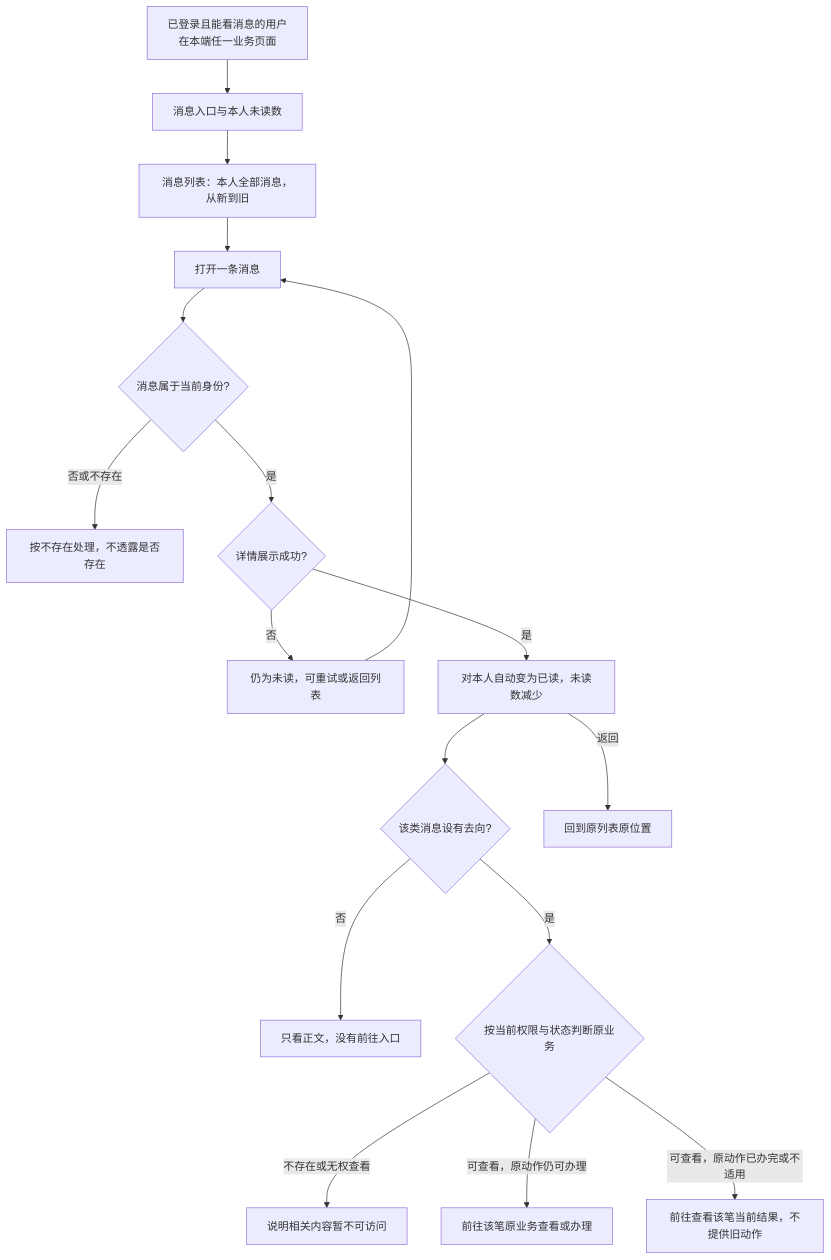
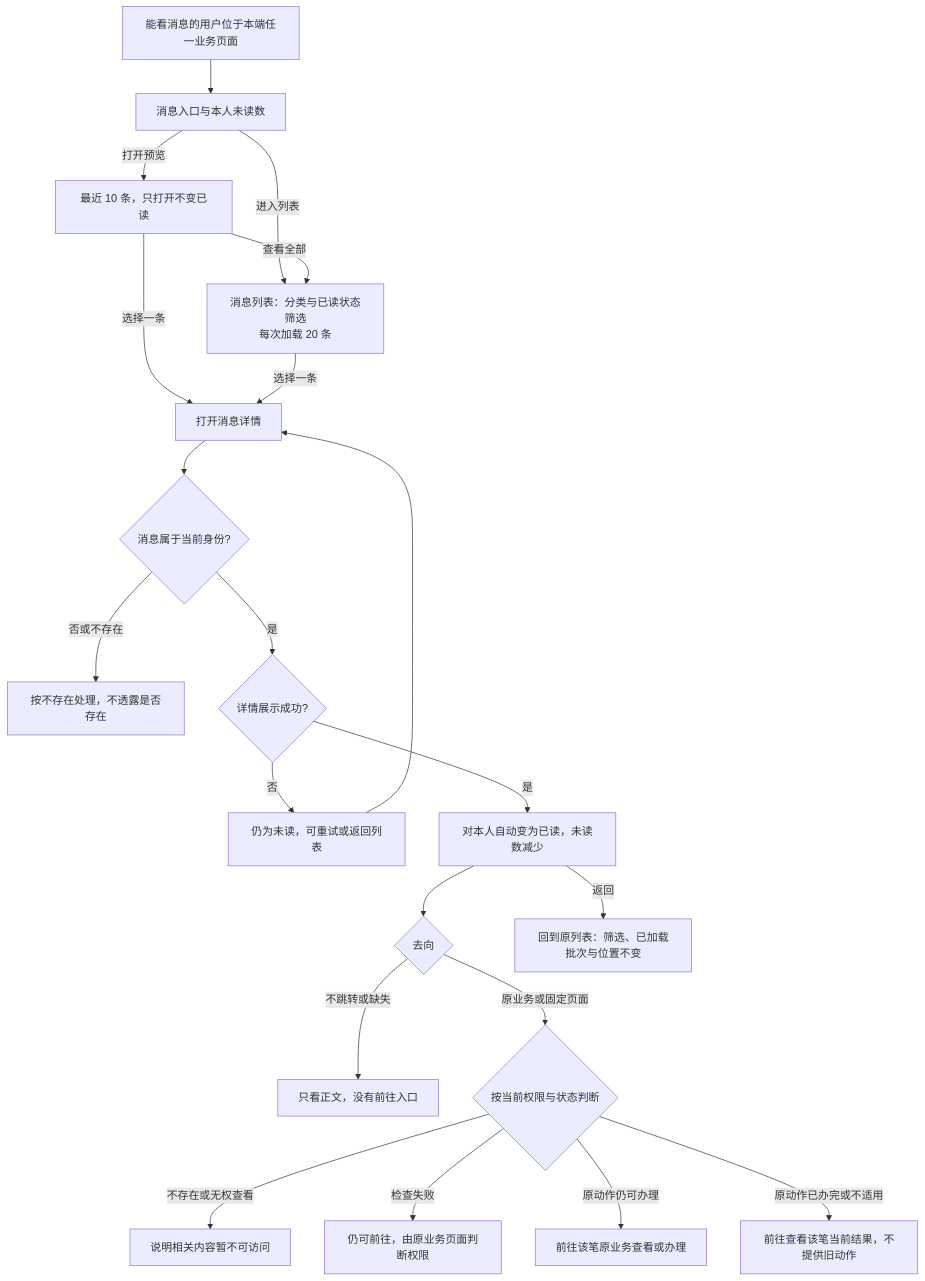
Before and after one commit to wxblockchain/Chain-Financing: the second of 4 diagrams in token-issuance-platform/PRD/v1.0-消息通知-流程图与状态机.md, drawn with Mermaid. The commit also changed other lines of this file and 4 other files, not shown here.

````diff
--- a/token-issuance-platform/PRD/v1.0-消息通知-流程图与状态机.md
+++ b/token-issuance-platform/PRD/v1.0-消息通知-流程图与状态机.md
@@ -91,19 +37,23 @@
 ```mermaid
 flowchart TD
-    A["已登录且能看消息的用户<br/>在本端任一业务页面"] --> B["消息入口与本人未读数"]
-    B --> C["消息列表：本人全部消息，从新到旧"]
-    C --> D["打开一条消息"]
+    A["能看消息的用户位于本端任一业务页面"] --> B["消息入口与本人未读数"]
+    B -->|打开预览| P["最近 10 条，只打开不变已读"]
+    B -->|进入列表| L["消息列表：分类与已读状态筛选<br/>每次加载 20 条"]
+    P -->|查看全部| L
+    P -->|选择一条| D["打开消息详情"]
+    L -->|选择一条| D
     D --> E{"消息属于当前身份?"}
     E -->|否或不存在| E1["按不存在处理，不透露是否存在"]
     E -->|是| F{"详情展示成功?"}
     F -->|否| F1["仍为未读，可重试或返回列表"]
     F1 --> D
     F -->|是| G["对本人自动变为已读，未读数减少"]
-    G --> H{"该类消息设有去向?"}
-    H -->|否| H1["只看正文，没有前往入口"]
-    H -->|是| I{"按当前权限与状态判断原业务"}
+    G --> H{"去向"}
+    H -->|不跳转或缺失| H1["只看正文，没有前往入口"]
+    H -->|原业务或固定页面| I{"按当前权限与状态判断"}
     I -->|不存在或无权查看| I1["说明相关内容暂不可访问"]
-    I -->|可查看，原动作仍可办理| I2["前往该笔原业务查看或办理"]
-    I -->|可查看，原动作已办完或不适用| I3["前往查看该笔当前结果，不提供旧动作"]
-    G -->|返回| J["回到原列表原位置"]
+    I -->|检查失败| I4["仍可前往，由原业务页面判断权限"]
+    I -->|原动作仍可办理| I2["前往该笔原业务查看或办理"]
+    I -->|原动作已办完或不适用| I3["前往查看该笔当前结果，不提供旧动作"]
+    G -->|返回| J["回到原列表：筛选、已加载批次与位置不变"]
 ```
````
